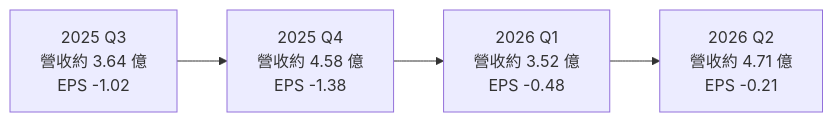
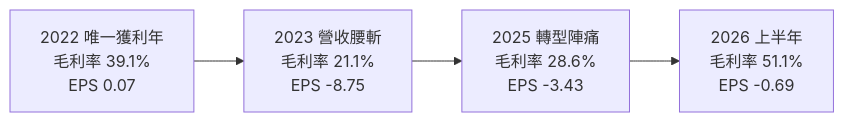
One commit to wangnick1004/taiwan-stock-vault changed the second of 3 diagrams in 個股/台股/3041揚智.md. Above: the diagram before and after it, drawn with Mermaid. The commit also changed other lines of this file and 142 other files, not shown here.

````diff
--- a/個股/台股/3041揚智.md
+++ b/個股/台股/3041揚智.md
@@ -124,4 +127,4 @@
 ```mermaid
 flowchart LR
-    Q3["2025 Q3<br/>營收約 3.64 億<br/>EPS -1.02"] --> Q4["2025 Q4<br/>營收約 4.58 億<br/>EPS -1.38"] --> Q1["2026 Q1<br/>營收約 3.52 億<br/>EPS -0.48"] --> Q2["2026 Q2<br/>營收約 4.71 億<br/>EPS -0.21"]
+    Y22["2022 唯一獲利年<br/>毛利率 39.1%<br/>EPS 0.07"] --> Y23["2023 營收腰斬<br/>毛利率 21.1%<br/>EPS -8.75"] --> Y25["2025 轉型陣痛<br/>毛利率 28.6%<br/>EPS -3.43"] --> H26["2026 上半年<br/>毛利率 51.1%<br/>EPS -0.69"]
 ```
````
